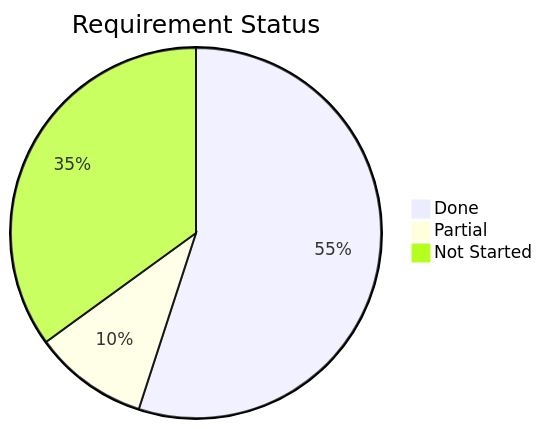
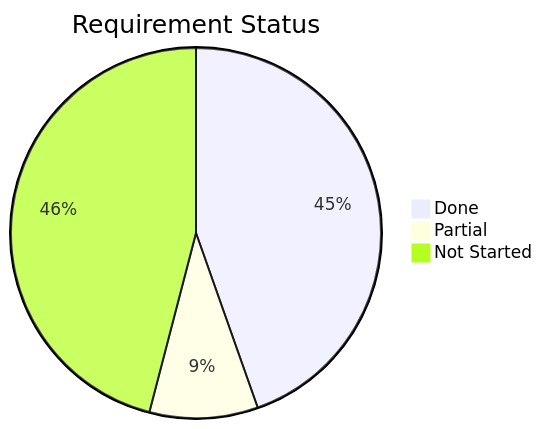
One commit to chris-peterson/pinpoint changed the diagram in implementations/1-python/STATUS.md. Above: the diagram before and after it, drawn with Mermaid. The commit also changed other lines of this file and 24 other files, not shown here.

````diff
--- a/implementations/1-python/STATUS.md
+++ b/implementations/1-python/STATUS.md
@@ -159,6 +173,10 @@
 ```mermaid
+---
+config:
+  look: handDrawn
+---
 pie title Requirement Status
     "Done" : 33
-    "Partial" : 6
-    "Not Started" : 21
+    "Partial" : 7
+    "Not Started" : 34
 ```
````
